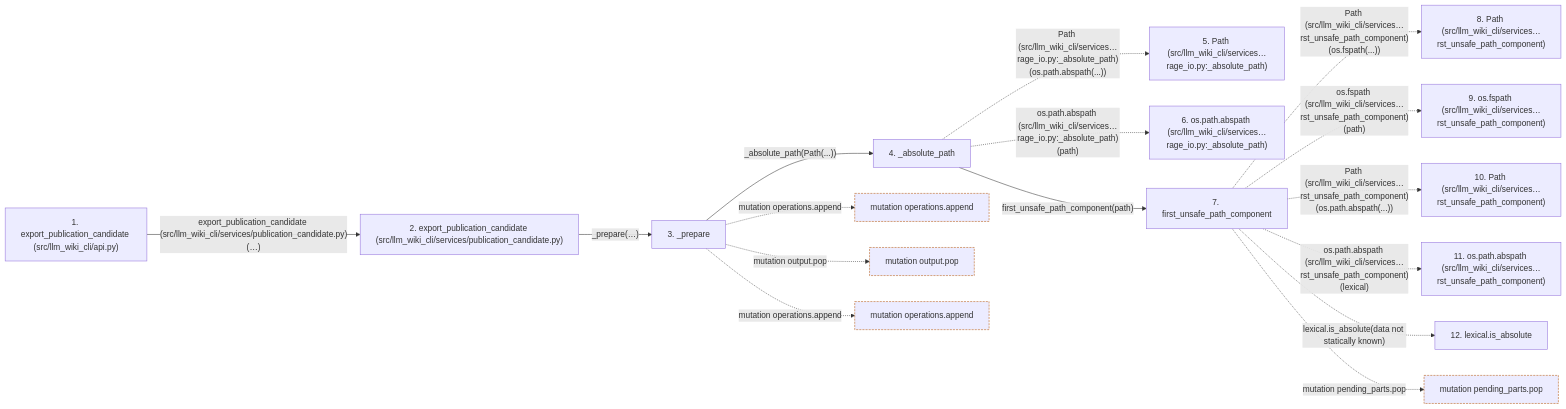
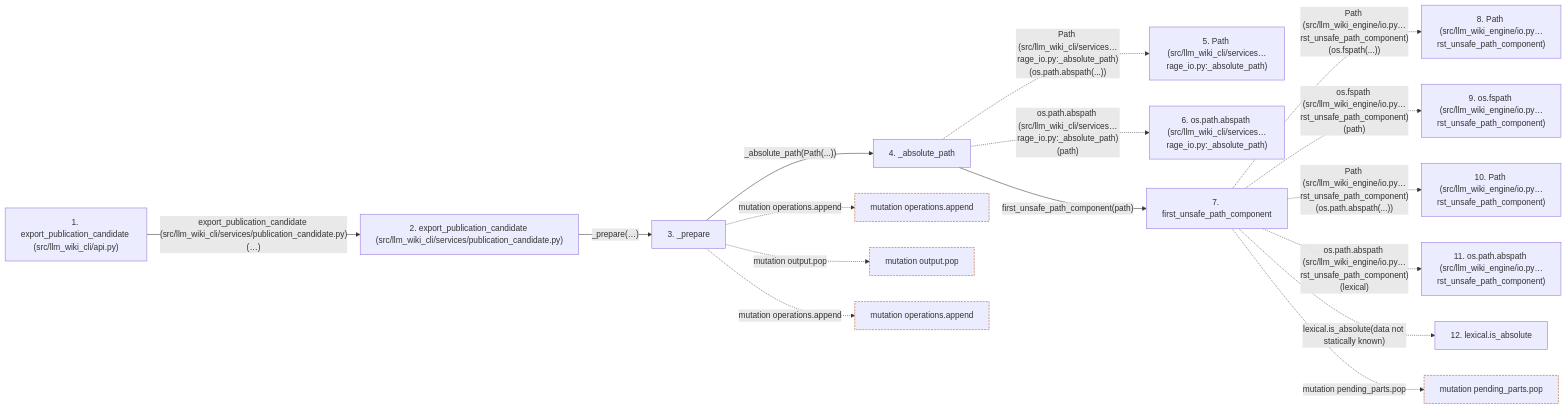
Before and after one commit to Denissvgn/python-wiki-llm: the second of 2 diagrams in docs/llm_wiki/flows/api-export_publication_candidate.md, drawn with Mermaid. The commit also changed other lines of this file and 739 other files, not shown here.

First line of the commit message:
docs: refresh the wiki for the second engine batch

````diff
--- a/docs/llm_wiki/flows/api-export_publication_candidate.md
+++ b/docs/llm_wiki/flows/api-export_publication_candidate.md
@@ -158,44 +158,44 @@
 ```mermaid
 flowchart LR
     s1["1. export_publication_candidate (src/llm_wiki_cli/api.py)"]
     s2["2. export_publication_candidate (src/llm_wiki_cli/services/publication_candidate.py)"]
     s3["3. _prepare"]
     s4["4. _absolute_path"]
     s5["5. Path (src/llm_wiki_cli/services…rage_io.py:_absolute_path)"]
     s6["6. os.path.abspath (src/llm_wiki_cli/services…rage_io.py:_absolute_path)"]
     s7["7. first_unsafe_path_component"]
-    s8["8. Path (src/llm_wiki_cli/services…rst_unsafe_path_component)"]
-    s9["9. os.fspath (src/llm_wiki_cli/services…rst_unsafe_path_component)"]
-    s10["10. Path (src/llm_wiki_cli/services…rst_unsafe_path_component)"]
-    s11["11. os.path.abspath (src/llm_wiki_cli/services…rst_unsafe_path_component)"]
+    s8["8. Path (src/llm_wiki_engine/io.py…rst_unsafe_path_component)"]
+    s9["9. os.fspath (src/llm_wiki_engine/io.py…rst_unsafe_path_component)"]
+    s10["10. Path (src/llm_wiki_engine/io.py…rst_unsafe_path_component)"]
+    s11["11. os.path.abspath (src/llm_wiki_engine/io.py…rst_unsafe_path_component)"]
     s12["12. lexical.is_absolute"]
     s1 -->|"export_publication_candidate (src/llm_wiki_cli/services/publication_candidate.py)(…)"| s2
     s2 -->|"_prepare(…)"| s3
     s3 -->|"_absolute_path(Path(...))"| s4
     s4 -. "Path (src/llm_wiki_cli/services…rage_io.py:_absolute_path)(os.path.abspath(...))" .-> s5
     s4 -. "os.path.abspath (src/llm_wiki_cli/services…rage_io.py:_absolute_path)(path)" .-> s6
     s4 -->|"first_unsafe_path_component(path)"| s7
-    s7 -. "Path (src/llm_wiki_cli/services…rst_unsafe_path_component)(os.fspath(...))" .-> s8
-    s7 -. "os.fspath (src/llm_wiki_cli/services…rst_unsafe_path_component)(path)" .-> s9
-    s7 -. "Path (src/llm_wiki_cli/services…rst_unsafe_path_component)(os.path.abspath(...))" .-> s10
-    s7 -. "os.path.abspath (src/llm_wiki_cli/services…rst_unsafe_path_component)(lexical)" .-> s11
+    s7 -. "Path (src/llm_wiki_engine/io.py…rst_unsafe_path_component)(os.fspath(...))" .-> s8
+    s7 -. "os.fspath (src/llm_wiki_engine/io.py…rst_unsafe_path_component)(path)" .-> s9
+    s7 -. "Path (src/llm_wiki_engine/io.py…rst_unsafe_path_component)(os.path.abspath(...))" .-> s10
+    s7 -. "os.path.abspath (src/llm_wiki_engine/io.py…rst_unsafe_path_component)(lexical)" .-> s11
     s7 -. "lexical.is_absolute(data not statically known)" .-> s12
     b0["mutation operations.append"]
     s3 -. "mutation operations.append" .-> b0
     b1["mutation output.pop"]
     s3 -. "mutation output.pop" .-> b1
     b2["mutation operations.append"]
     s3 -. "mutation operations.append" .-> b2
     b3["mutation pending_parts.pop"]
     s7 -. "mutation pending_parts.pop" .-> b3
     click s1 "../modules/api.md"
     click s2 "../modules/publication_candidate.md"
     click s3 "../modules/publication_candidate.md"
     click s4 "../modules/knowledge_storage_io.md"
     click s7 "../modules/io.md"
     classDef boundary stroke:#b45309,stroke-dasharray: 4 2
     class b0 boundary
     class b1 boundary
     class b2 boundary
     class b3 boundary
 ```
````
